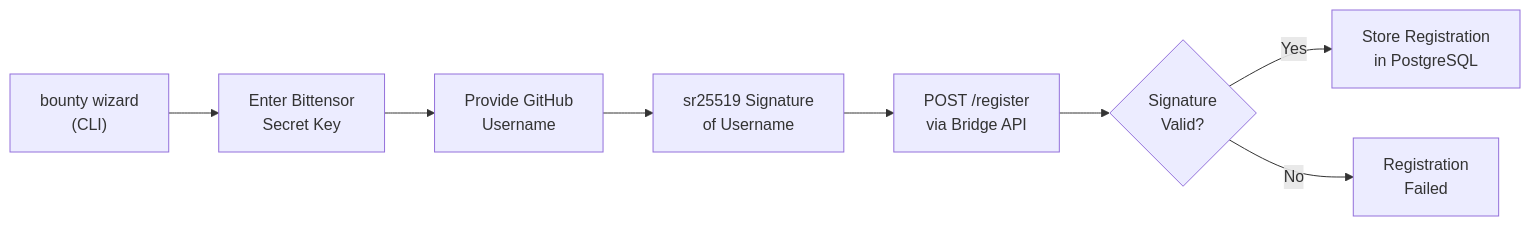
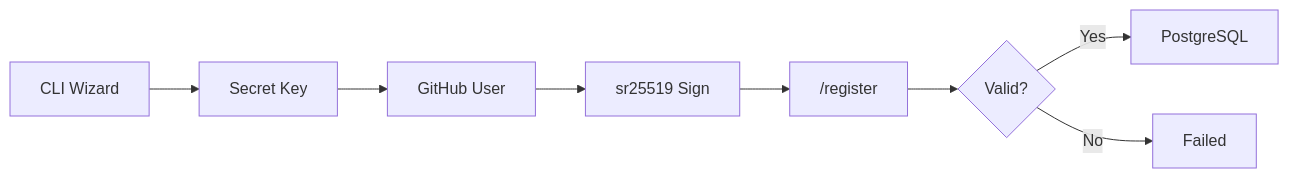
Before and after one commit to PlatformNetwork/roadmap: the eighth of 13 diagrams in README.md, drawn with Mermaid. The commit also changed other lines of this file, not shown here.

Commit message:
style: simplify mermaid labels, move Data Fabrication to Q2

````diff
--- a/README.md
+++ b/README.md
@@ -235,10 +222,10 @@
 ```mermaid
 flowchart LR
-    CLI["bounty wizard\n(CLI)"] --> Key["Enter Bittensor\nSecret Key"]
-    Key --> GitHub["Provide GitHub\nUsername"]
-    GitHub --> Sign["sr25519 Signature\nof Username"]
-    Sign --> API["POST /register\nvia Bridge API"]
-    API --> Verify{"Signature\nValid?"}
-    Verify -->|Yes| Store["Store Registration\nin PostgreSQL"]
-    Verify -->|No| Reject["Registration\nFailed"]
+    CLI["CLI Wizard"] --> Key["Secret Key"]
+    Key --> GH["GitHub User"]
+    GH --> Sign["sr25519 Sign"]
+    Sign --> API["/register"]
+    API --> Verify{"Valid?"}
+    Verify -->|Yes| Store["PostgreSQL"]
+    Verify -->|No| Fail["Failed"]
 ```
````
